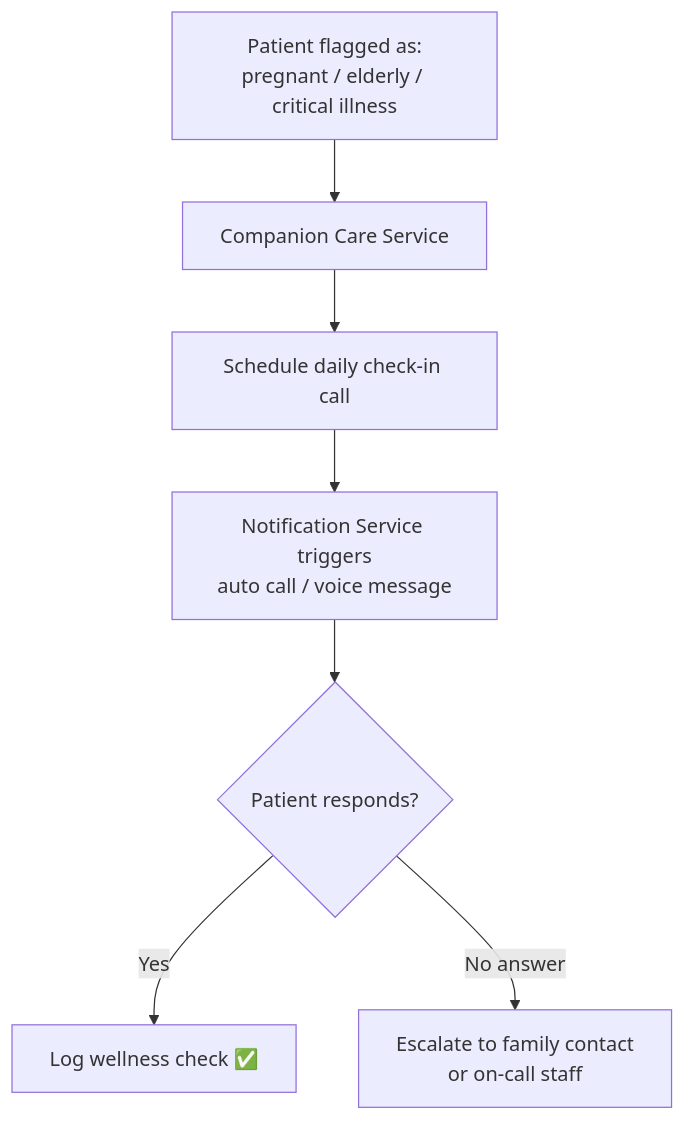
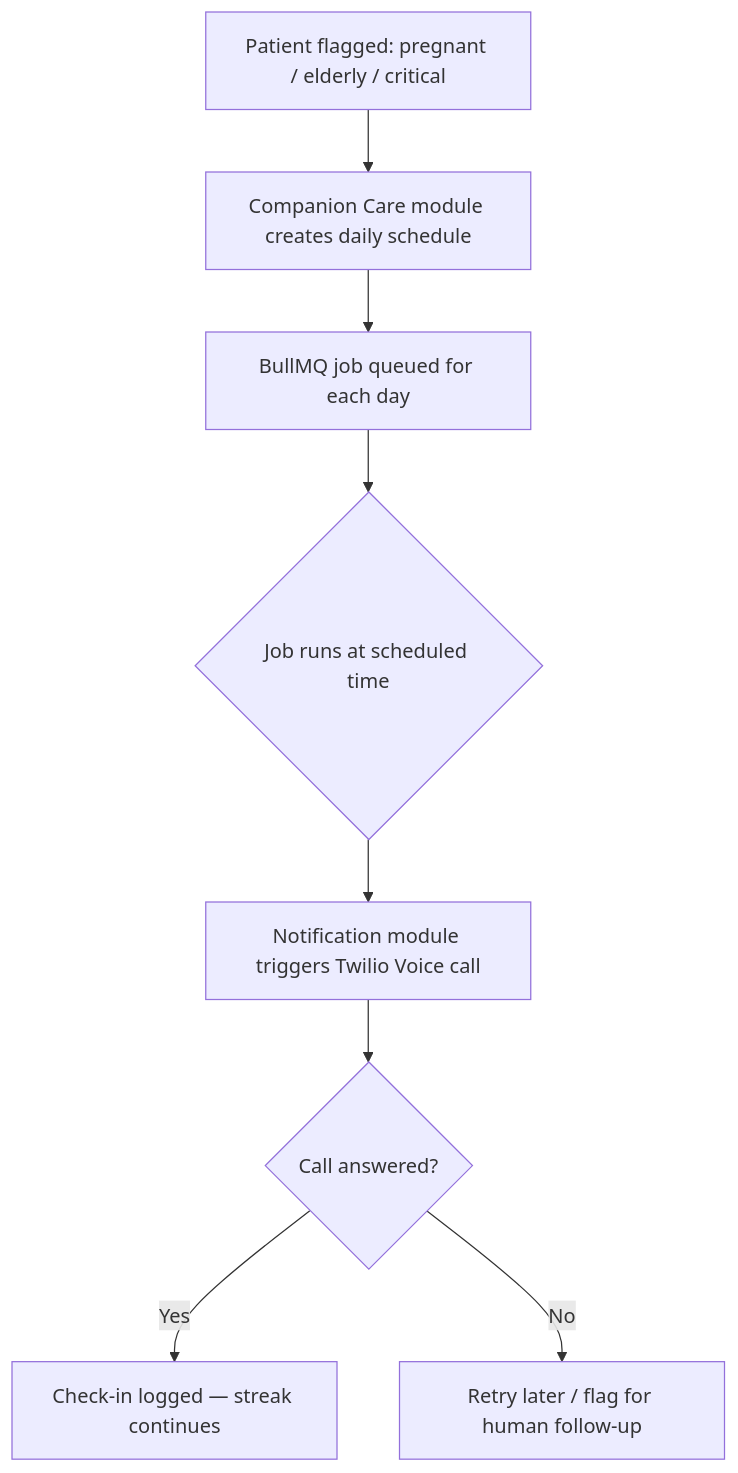
Before and after one commit to DevSars24/Swasth-Darshan: the eighth of 12 diagrams in Vision.md, drawn with Mermaid. The commit also changed other lines of this file, not shown here.

````diff
--- a/Vision.md
+++ b/Vision.md
@@ -277,9 +286,10 @@
 ```mermaid
 flowchart TD
-    A["Patient flagged as:<br/>pregnant / elderly / critical illness"] --> B["Companion Care Service"]
-    B --> C["Schedule daily check-in call"]
-    C --> D["Notification Service triggers<br/>auto call / voice message"]
-    D --> E{"Patient responds?"}
-    E -->|Yes| F["Log wellness check ✅"]
-    E -->|No answer| G["Escalate to family contact<br/>or on-call staff"]
+    A[Patient flagged: pregnant / elderly / critical] --> B[Companion Care module creates daily schedule]
+    B --> C[BullMQ job queued for each day]
+    C --> D{Job runs at scheduled time}
+    D --> E[Notification module triggers Twilio Voice call]
+    E --> F{Call answered?}
+    F -->|Yes| G[Check-in logged — streak continues]
+    F -->|No| H[Retry later / flag for human follow-up]
 ```
````
